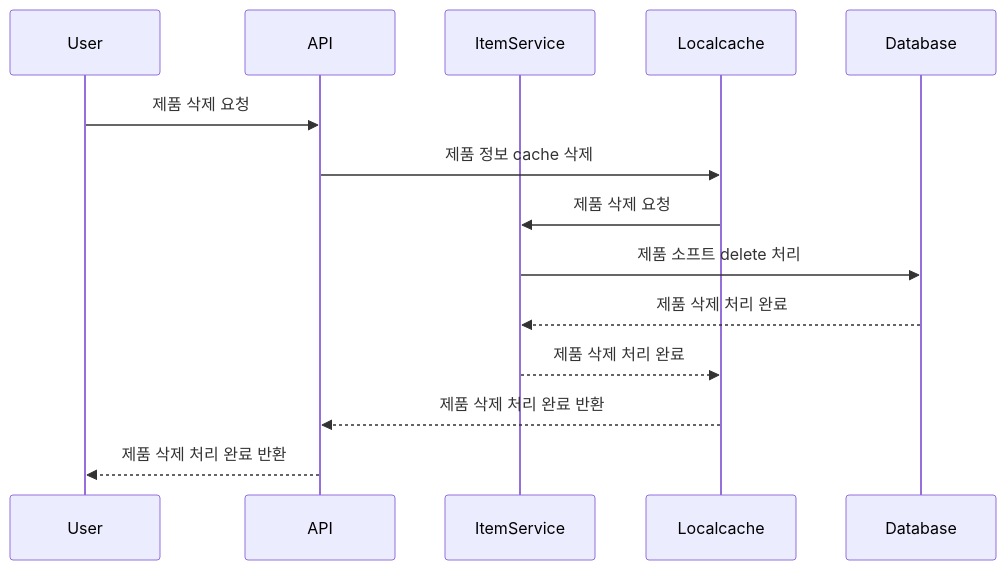
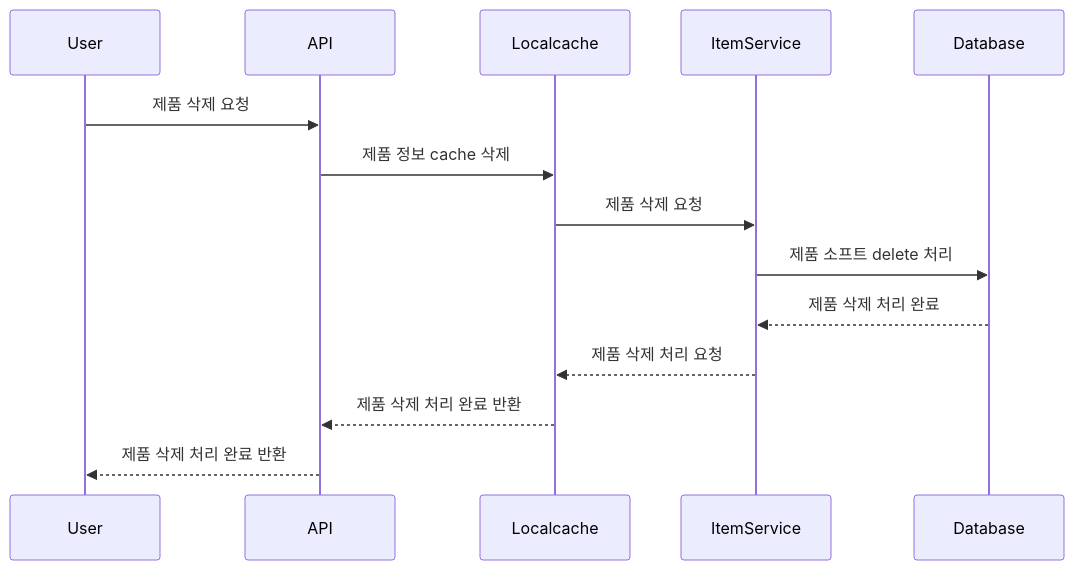
One commit to zzangoobrother/stock-order-project changed the fourth of 4 diagrams in docs/EventSequence.md. Above: the diagram before and after it, drawn with Mermaid.

Commit message:
docs : 시쿼스 다이어그램 순서 변경

````diff
--- a/docs/EventSequence.md
+++ b/docs/EventSequence.md
@@ -103,17 +103,17 @@
 ```mermaid
 sequenceDiagram
     participant User
     participant API
+    participant Localcache
     participant ItemService
-    participant Localcache
     participant Database
     
     User->>API: 제품 삭제 요청
     API->>Localcache: 제품 정보 cache 삭제
     Localcache->>ItemService: 제품 삭제 요청
     ItemService->>Database: 제품 소프트 delete 처리
     Database-->>ItemService: 제품 삭제 처리 완료
-    ItemService-->>Localcache: 제품 삭제 처리 완료
+    ItemService-->>Localcache: 제품 삭제 처리 요청
     Localcache-->>API: 제품 삭제 처리 완료 반환
     API-->>User: 제품 삭제 처리 완료 반환
 ```
````
